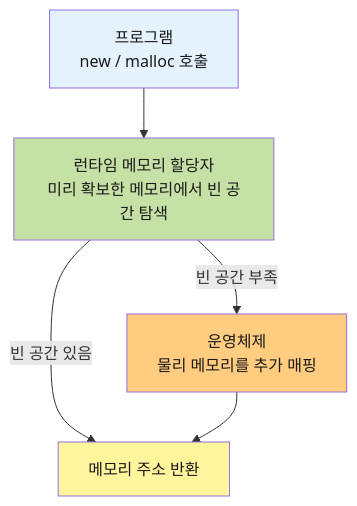
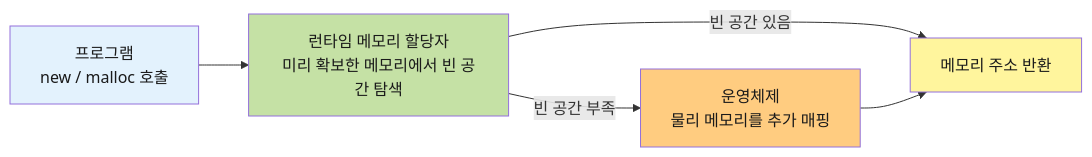
Before and after one commit to Cllaude99/cllaude99_labs: the third of 8 diagrams in apps/devblog/content/posts/array-linkedlist.mdx, drawn with Mermaid. The commit also changed other lines of this file, not shown here.

Commit message:
chore: 변경된 메모리 할당 다이어그램의 방향 수정 및 설명 추가

````diff
--- a/apps/devblog/content/posts/array-linkedlist.mdx
+++ b/apps/devblog/content/posts/array-linkedlist.mdx
@@ -76,12 +76,12 @@
 ```mermaid
-graph TB
+graph LR
     App["프로그램<br/>new / malloc 호출"] --> Allocator["런타임 메모리 할당자<br/>미리 확보한 메모리에서 빈 공간 탐색"]
     Allocator -->|"빈 공간 있음"| Return["메모리 주소 반환"]
     Allocator -->|"빈 공간 부족"| OS["운영체제<br/>물리 메모리를 추가 매핑"]
     OS --> Return
 
     style App fill:#e3f2fd,color:#1a1a1a
     style Allocator fill:#c5e1a5,color:#1a1a1a
     style Return fill:#fff59d,color:#1a1a1a
     style OS fill:#ffcc80,color:#1a1a1a
 ```
````
